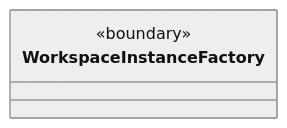
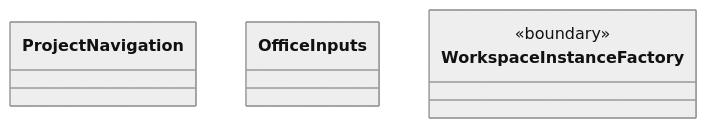
One commit to nan023062/cbim changed the sixth of 7 diagrams in src/logic-new/projects/ARCHITECTURE.md. Above: the diagram before and after it, drawn with Mermaid (neutral theme). The commit also changed other lines of this file and 24 other files, not shown here.

First line of the commit message:
chore: repair test ownership and architecture documentation

````diff
--- a/src/logic-new/projects/ARCHITECTURE.md
+++ b/src/logic-new/projects/ARCHITECTURE.md
@@ -114,7 +173,11 @@
 ```mermaid
 classDiagram
+class N_1d0103f07a4a["ProjectNavigation"]
+click N_1d0103f07a4a href "navigation.ts"
+class N_e43a6baf1bba["OfficeInputs"]
+click N_e43a6baf1bba href "office-inputs.ts"
 class N_c26b7944d23b["WorkspaceInstanceFactory"] {
   <<boundary>>
 }
 click N_c26b7944d23b href "../../framework/business/workspace-instance.ts"
 ```
````
